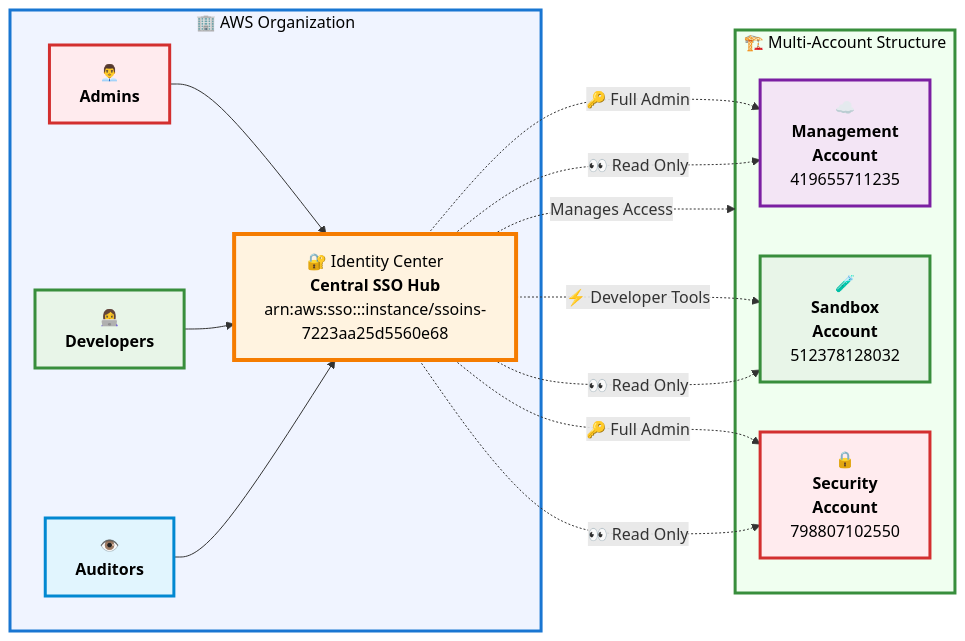
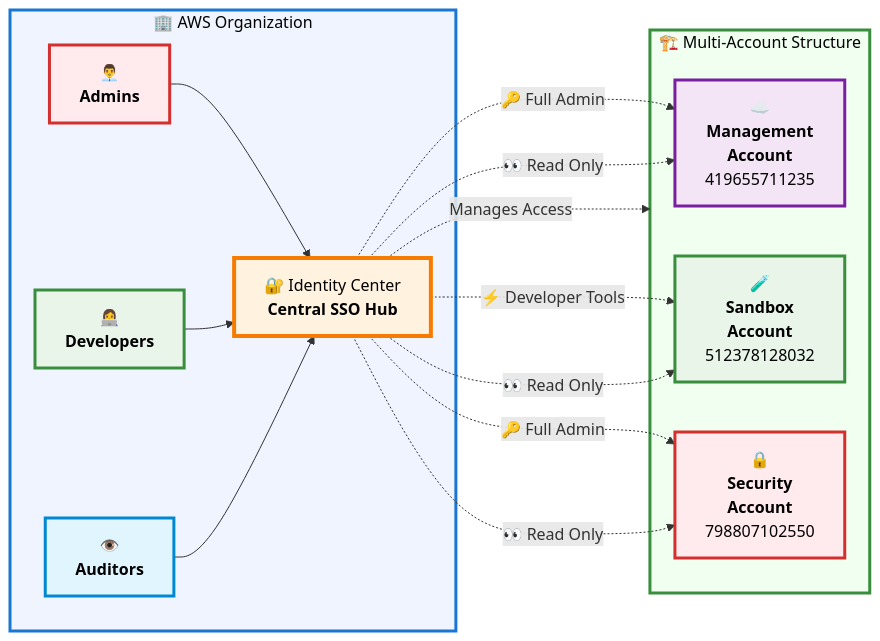
Before and after one commit to JEEJY30/Terraform-IAC-Projects: the diagram in README.md, drawn with Mermaid.

````diff
--- a/README.md
+++ b/README.md
@@ -91,45 +91,45 @@
 ```mermaid
 graph LR
     %% AWS Organization and Identity Center (top layer)
     subgraph ORG["🏢 AWS Organization"]
-        IC["🔐 Identity Center<br/><b>Central SSO Hub</b><br/>arn:aws:sso:::instance/ssoins-7223aa25d5560e68"]
+        IC["🔐 Identity Center<br/><b>Central SSO Hub</b>"]
         
         %% Users (connect to Identity Center)
         A1["👨‍💼<br/><b>Admins</b>"]
         A2["👩‍💻<br/><b>Developers</b>"] 
         A3["👁️<br/><b>Auditors</b>"]
         
         A1 --> IC
         A2 --> IC
         A3 --> IC
     end
     
     %% Multi-Account Structure
     subgraph ACCOUNTS["🏗️ Multi-Account Structure"]
         E["☁️<br/><b>Management<br/>Account</b><br/>419655711235"]
         F["🧪<br/><b>Sandbox<br/>Account</b><br/>512378128032"]
         G["🔒<br/><b>Security<br/>Account</b><br/>798807102550"]
     end
     
     %% Identity Center manages access across all accounts
     IC -.->|"Manages Access"| ACCOUNTS
     
     %% Access flows from Identity Center through permission sets
     IC -.->|"🔑 Full Admin"| E
     IC -.->|"🔑 Full Admin"| G
     IC -.->|"⚡ Developer Tools"| F
     IC -.->|"👀 Read Only"| E
     IC -.->|"👀 Read Only"| F
     IC -.->|"👀 Read Only"| G
     
     %% Styling with black text
     style ORG fill:#f0f4ff,stroke:#1976d2,stroke-width:3px,color:#000000
     style ACCOUNTS fill:#f0fff0,stroke:#388e3c,stroke-width:3px,color:#000000
     style IC fill:#fff3e0,stroke:#f57c00,stroke-width:4px,color:#000000
     style A1 fill:#ffebee,stroke:#d32f2f,stroke-width:3px,color:#000000
     style A2 fill:#e8f5e8,stroke:#388e3c,stroke-width:3px,color:#000000
     style A3 fill:#e1f5fe,stroke:#0288d1,stroke-width:3px,color:#000000
     style E fill:#f3e5f5,stroke:#7b1fa2,stroke-width:3px,color:#000000
     style F fill:#e8f5e8,stroke:#388e3c,stroke-width:3px,color:#000000
     style G fill:#ffebee,stroke:#d32f2f,stroke-width:3px,color:#000000
 ```
````
